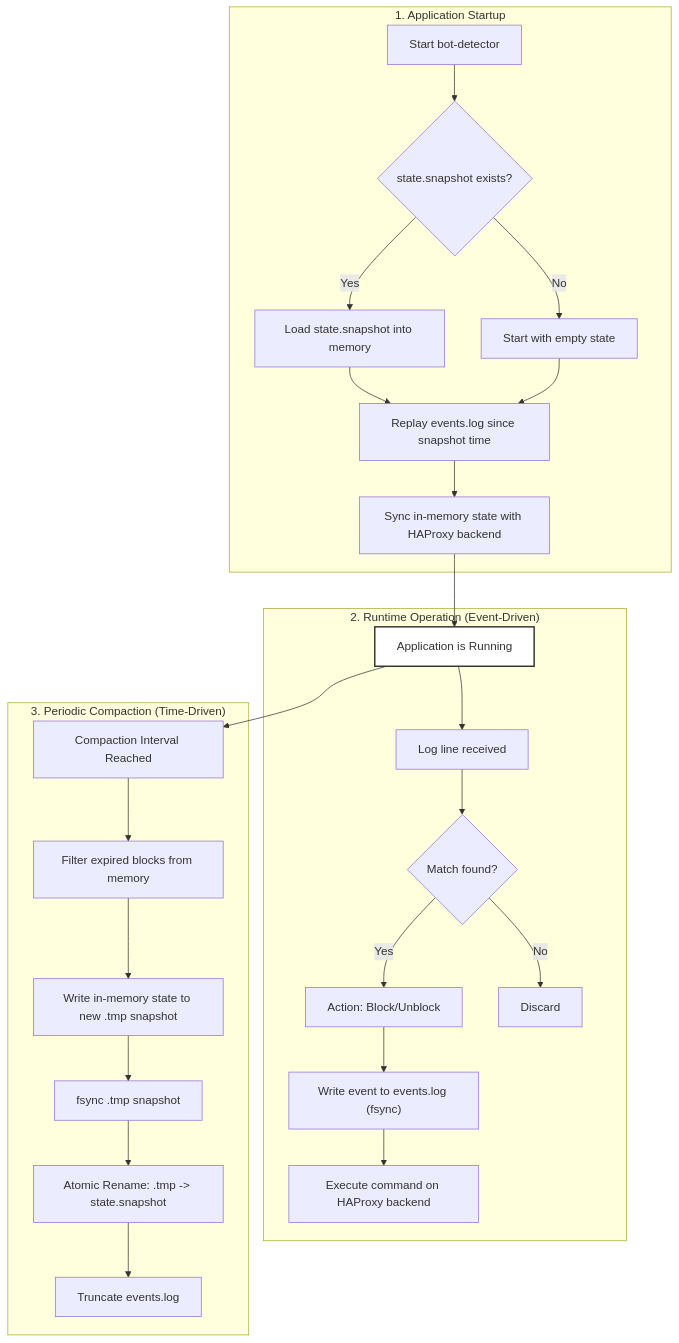
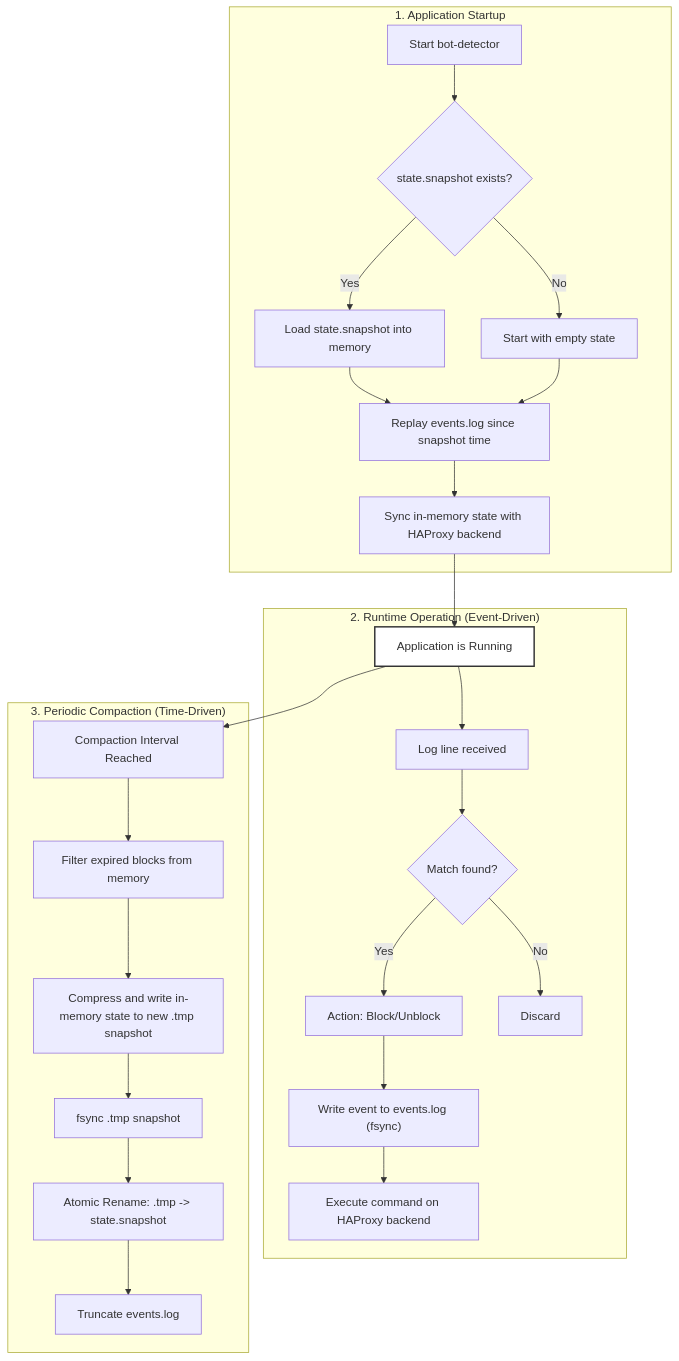
The diagram in docs/Persistence.md (metabrainz/bot-detector), drawn with Mermaid before and after one commit. The commit also changed other lines of this file and 2 other files, not shown here.

````diff
--- a/docs/Persistence.md
+++ b/docs/Persistence.md
@@ -56,32 +58,32 @@
 ```mermaid
 graph TD
     subgraph "1. Application Startup"
         A["Start bot-detector"] --> B{"state.snapshot exists?"}
         B -- Yes --> C["Load state.snapshot into memory"]
         B -- No --> D["Start with empty state"]
         C --> E["Replay events.log since snapshot time"]
         D --> E
         E --> F["Sync in-memory state with HAProxy backend"]
     end
 
     F --> MainLoop["Application is Running"]
     style MainLoop fill:#fff,stroke:#333,stroke-width:2px
 
     subgraph "2. Runtime Operation (Event-Driven)"
         MainLoop --> G["Log line received"]
         G --> H{"Match found?"}
         H -- Yes --> I["Action: Block/Unblock"]
         I --> J["Write event to events.log (fsync)"]
         J --> K["Execute command on HAProxy backend"]
         H -- No --> L["Discard"]
     end
 
     subgraph "3. Periodic Compaction (Time-Driven)"
         MainLoop --> M["Compaction Interval Reached"]
         M --> N["Filter expired blocks from memory"]
-        N --> O["Write in-memory state to new .tmp snapshot"]
+        N --> O["Compress and write in-memory state to new .tmp snapshot"]
         O --> P["fsync .tmp snapshot"]
         P --> Q["Atomic Rename: .tmp -> state.snapshot"]
         Q --> R["Truncate events.log"]
     end
 ```
````
